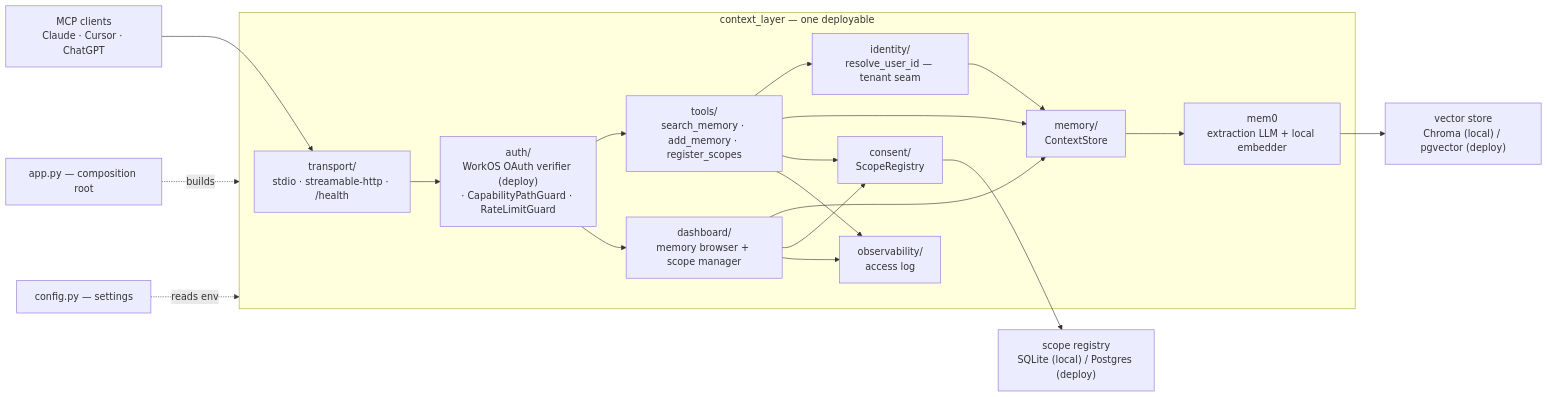
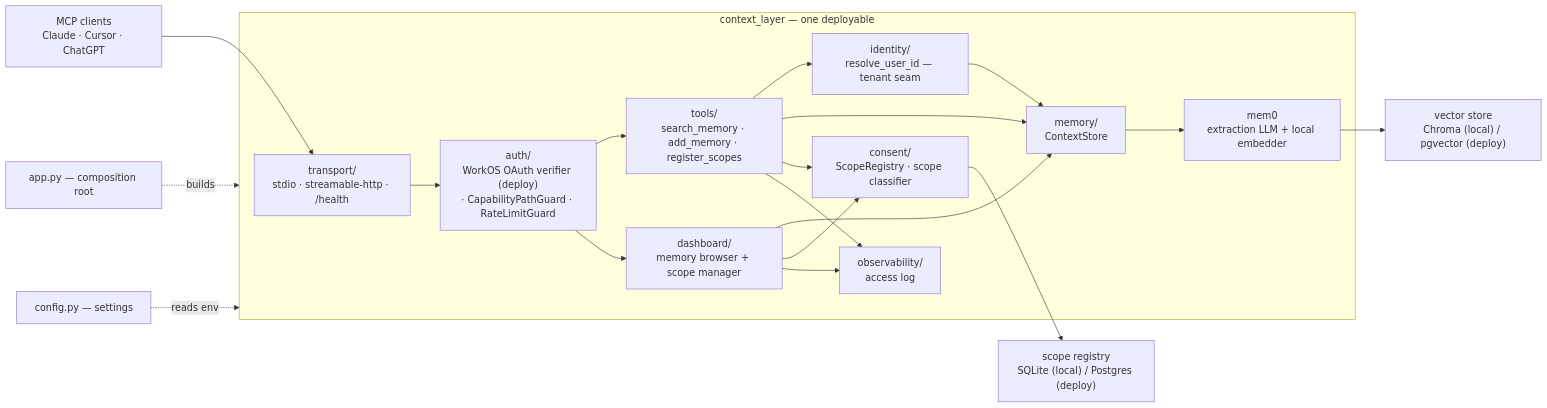
Before and after one commit to wanyuenmei/personal_mem: the diagram in ARCHITECTURE.md, drawn with Mermaid. The commit also changed other lines of this file and 12 other files, not shown here.

First line of the commit message:
VC-88: tag memories with consent scopes via an out-of-band LLM classifier

````diff
--- a/ARCHITECTURE.md
+++ b/ARCHITECTURE.md
@@ -9,24 +9,24 @@
 ```mermaid
 flowchart LR
   clients["MCP clients<br/>Claude · Cursor · ChatGPT"] --> transport
 
   subgraph app["context_layer — one deployable"]
     transport["transport/<br/>stdio · streamable-http · /health"] --> guards
     guards["auth/<br/>WorkOS OAuth verifier (deploy)<br/>· CapabilityPathGuard · RateLimitGuard"] --> tools
     guards --> dash
     tools["tools/<br/>search_memory · add_memory · register_scopes"] --> identity
     tools --> store
-    tools --> consent["consent/<br/>ScopeRegistry"]
+    tools --> consent["consent/<br/>ScopeRegistry · scope classifier"]
     tools --> obs["observability/<br/>access log"]
     dash["dashboard/<br/>memory browser + scope manager"] --> store
     dash --> consent
     dash --> obs
     identity["identity/<br/>resolve_user_id — tenant seam"] --> store
     store["memory/<br/>ContextStore"] --> mem0["mem0<br/>extraction LLM + local embedder"]
   end
 
   mem0 --> vs["vector store<br/>Chroma (local) / pgvector (deploy)"]
   consent --> regdb["scope registry<br/>SQLite (local) / Postgres (deploy)"]
   app_py["app.py — composition root"] -.builds.-> app
   config["config.py — settings"] -.reads env.-> app
 ```
````
